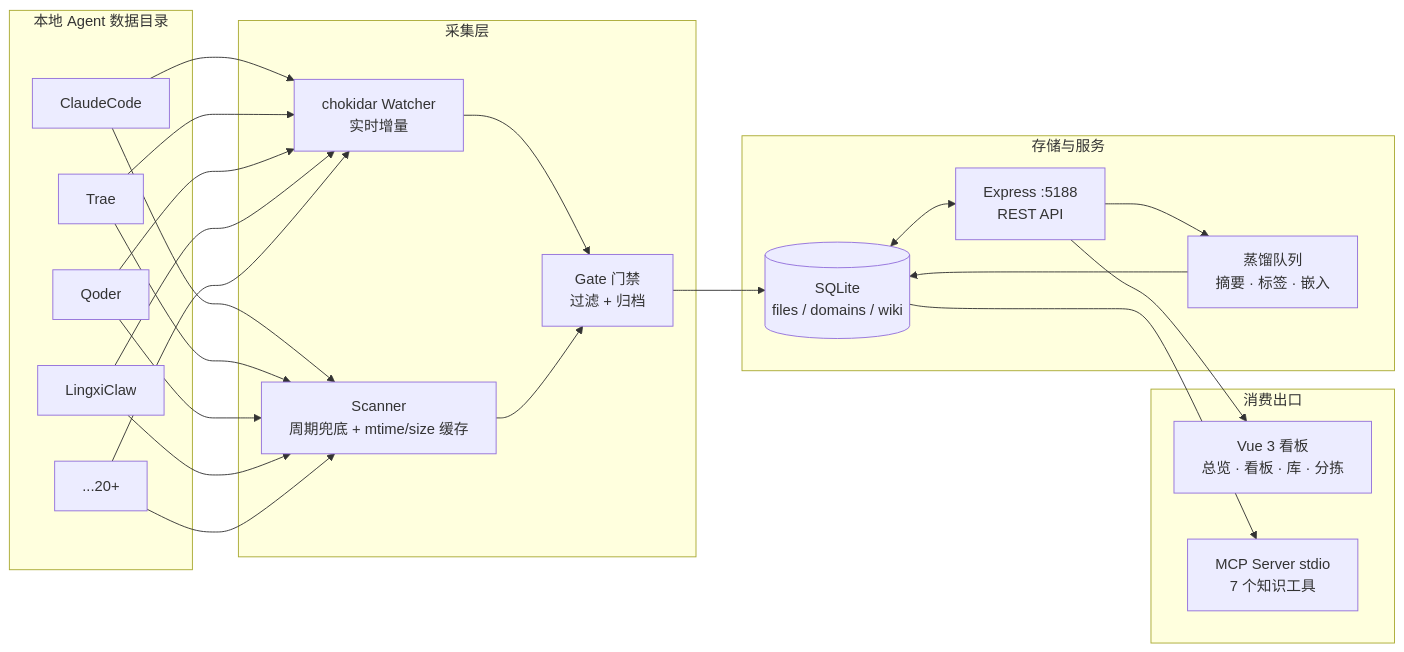
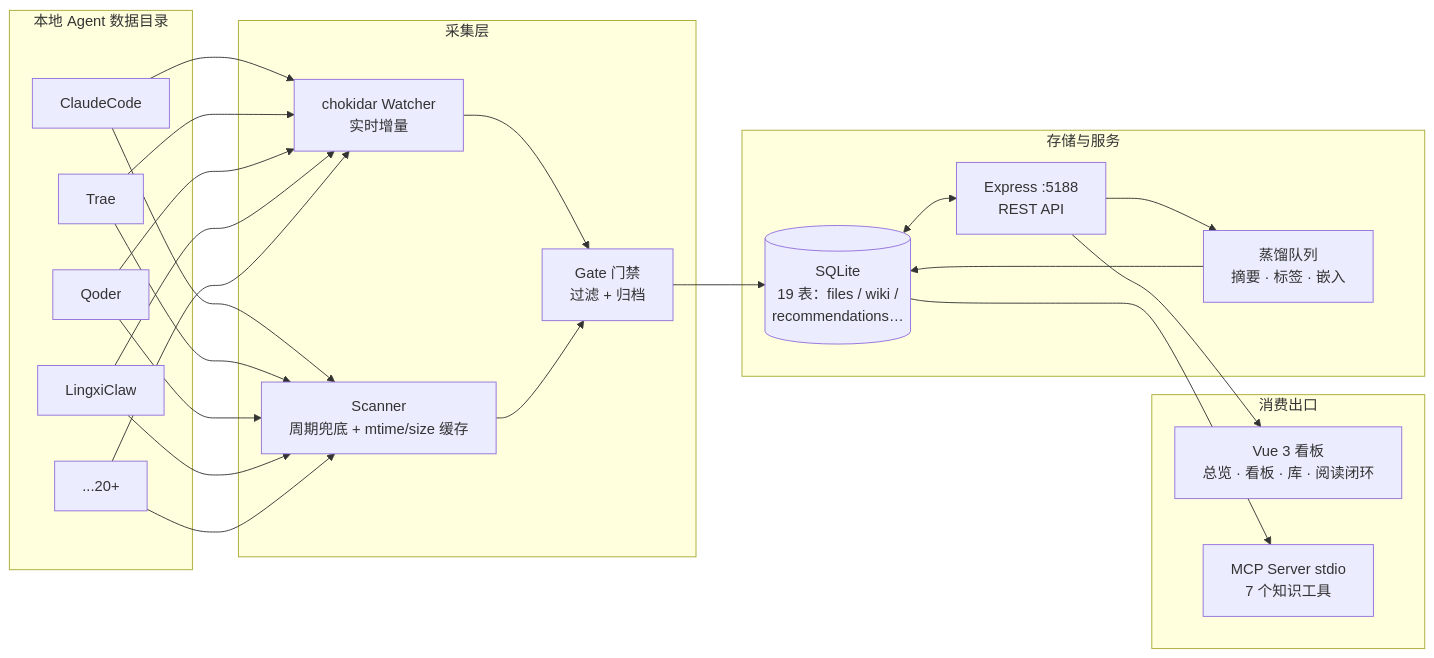
The diagram in README.md (anyeduke11/AgentFeed), drawn with Mermaid before and after one commit. The commit also changed other lines of this file and 79 other files, not shown here.

````diff
--- a/README.md
+++ b/README.md
@@ -32,28 +34,28 @@
 ```mermaid
 flowchart LR
     subgraph 本地 Agent 数据目录
         A1[ClaudeCode] ; A2[Trae] ; A3[Qoder] ; A4[LingxiClaw] ; A5[...20+]
     end
     subgraph 采集层
         W[chokidar Watcher<br/>实时增量] 
         S[Scanner<br/>周期兜底 + mtime/size 缓存]
         G[Gate 门禁<br/>过滤 + 归档]
     end
     subgraph 存储与服务
-        DB[(SQLite<br/>files / domains / wiki)]
+        DB[(SQLite<br/>19 表：files / wiki /<br/>recommendations…)]
         API[Express :5188<br/>REST API]
         LLM[蒸馏队列<br/>摘要 · 标签 · 嵌入]
     end
     subgraph 消费出口
-        WEB[Vue 3 看板<br/>总览 · 看板 · 库 · 分拣]
+        WEB[Vue 3 看板<br/>总览 · 看板 · 库 · 阅读闭环]
         MCP[MCP Server stdio<br/>7 个知识工具]
     end
     A1 & A2 & A3 & A4 & A5 --> W
     A1 & A2 & A3 & A4 & A5 --> S
     W --> G --> DB
     S --> G
     DB <--> API
     API --> LLM --> DB
     API --> WEB
     DB --> MCP
 ```
````
